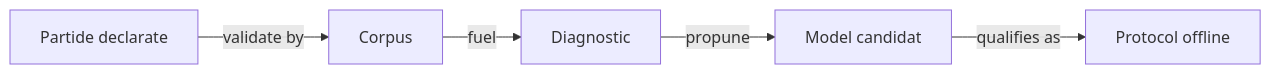
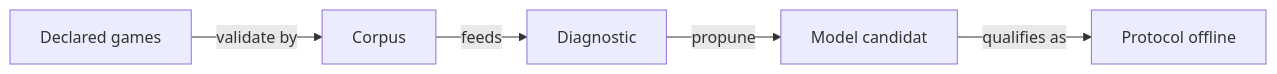
One commit to crististefanita/atf_j4 changed the diagram in whist-lab-app/ai-lab/tools/README.md. Above: the diagram before and after it, drawn with Mermaid. The commit also changed other lines of this file and 84 other files, not shown here.

````diff
--- a/whist-lab-app/ai-lab/tools/README.md
+++ b/whist-lab-app/ai-lab/tools/README.md
@@ -11,7 +11,7 @@
 ```mermaid
 flowchart LR
-    GAMES[Partide declarate] -->|validate by| CORPUS[Corpus]
-    CORPUS -->|fuel| ANALYSIS[Diagnostic]
+    GAMES[Declared games] -->|validate by| CORPUS[Corpus]
+    CORPUS -->|feeds| ANALYSIS[Diagnostic]
     ANALYSIS -->|propune| MODEL[Model candidat]
     MODEL -->|qualifies as| GATE[Protocol offline]
 ```
````
